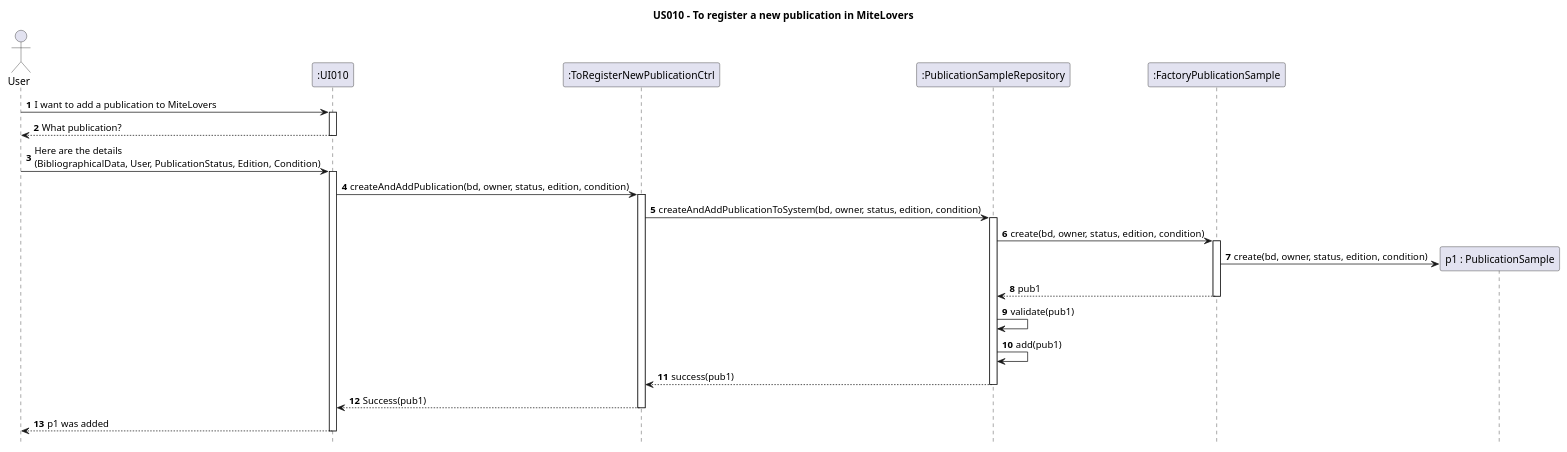
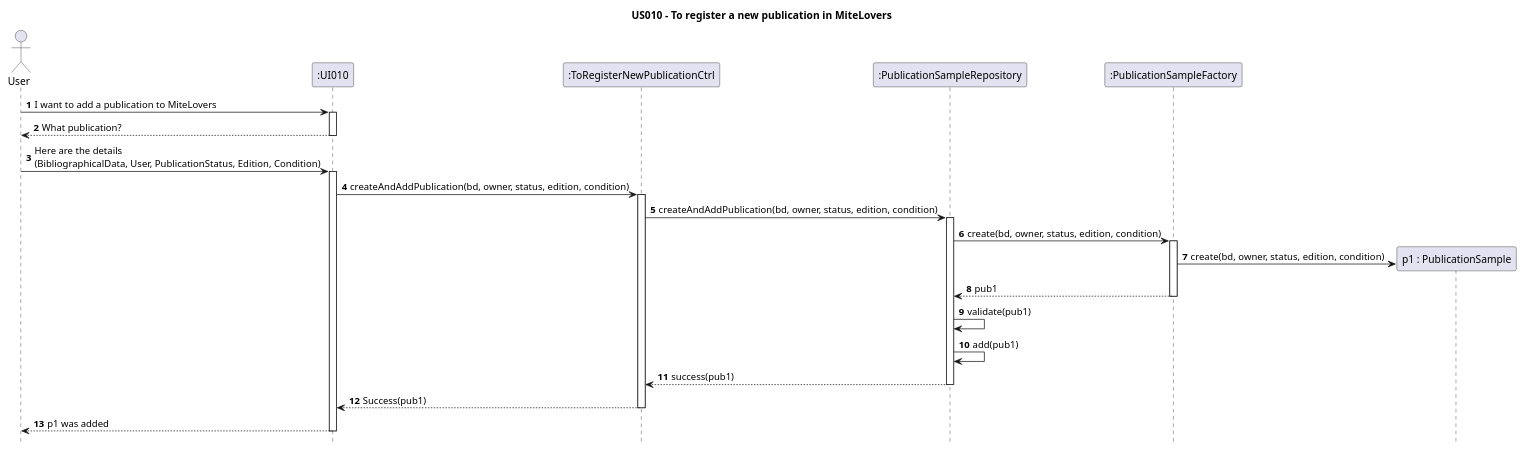
Before and after one commit to AndrePereiraGitH/SWitCH-Project-Team_A: the diagram in Diagrams/SequenceDiagrams/N2/US010-to-register-a-publication-to-add-to-library.puml, drawn with PlantUML. The commit also changed 1 other file, not shown here.

```diff
--- a/Diagrams/SequenceDiagrams/N2/US010-to-register-a-publication-to-add-to-library.puml
+++ b/Diagrams/SequenceDiagrams/N2/US010-to-register-a-publication-to-add-to-library.puml
@@ -1,52 +1,52 @@
 @startuml
 hide footbox
 autonumber
 title US010 - To register a new publication in MiteLovers
 
 ' As a User, I want to register a new publication
 ' in the system, so that I can add the
 ' publication to my library.
 
 actor User
 participant ":UI010" as UI
 participant ":ToRegisterNewPublicationCtrl" as Ctrl
 participant ":PublicationSampleRepository" as SystemRepo
-participant ":FactoryPublicationSample" as Factory
+participant ":PublicationSampleFactory" as Factory
 
 User -> UI : I want to add a publication to MiteLovers
 activate UI
 
 UI --> User : What publication?
 deactivate UI
 
 User -> UI : Here are the details \n(BibliographicalData, User, PublicationStatus, Edition, Condition)
 activate UI
 
 UI -> Ctrl : createAndAddPublication(bd, owner, status, edition, condition)
 activate Ctrl
 
-Ctrl -> SystemRepo : createAndAddPublicationToSystem(bd, owner, status, edition, condition)
+Ctrl -> SystemRepo : createAndAddPublication(bd, owner, status, edition, condition)
 activate SystemRepo
 
 SystemRepo -> Factory : create(bd, owner, status, edition, condition)
 activate Factory
 
 create "p1 : PublicationSample" as pub1
 Factory -> pub1 : create(bd, owner, status, edition, condition)
 
 Factory --> SystemRepo : pub1
 deactivate Factory
 
 SystemRepo -> SystemRepo : validate(pub1)
 SystemRepo -> SystemRepo : add(pub1)
 
 SystemRepo --> Ctrl : success(pub1)
 deactivate SystemRepo
 
 Ctrl --> UI : Success(pub1)
 deactivate Ctrl
 
 UI --> User : p1 was added
 deactivate UI
 
 @enduml
```
